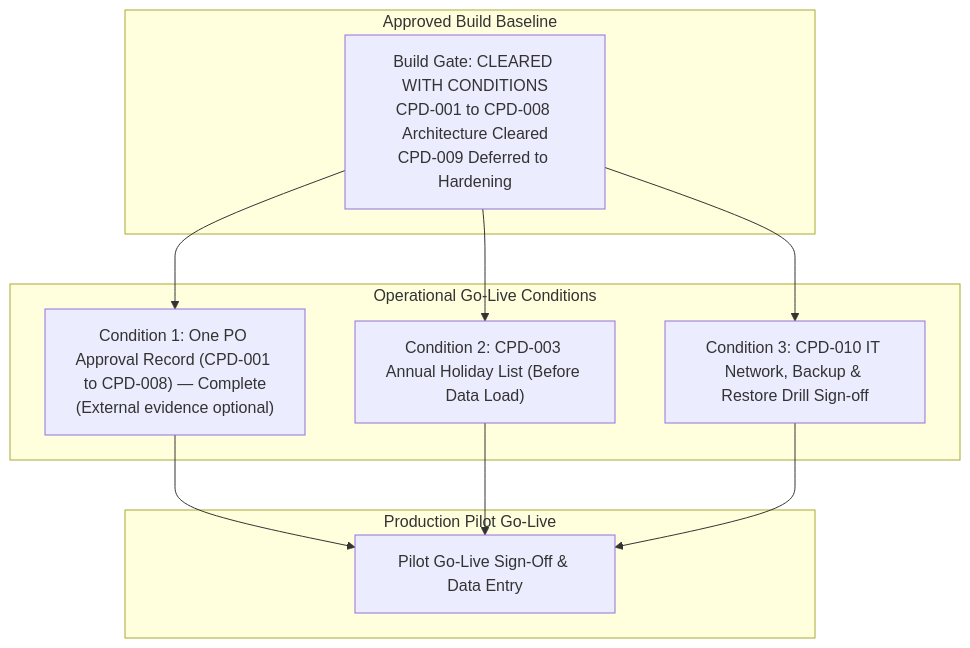
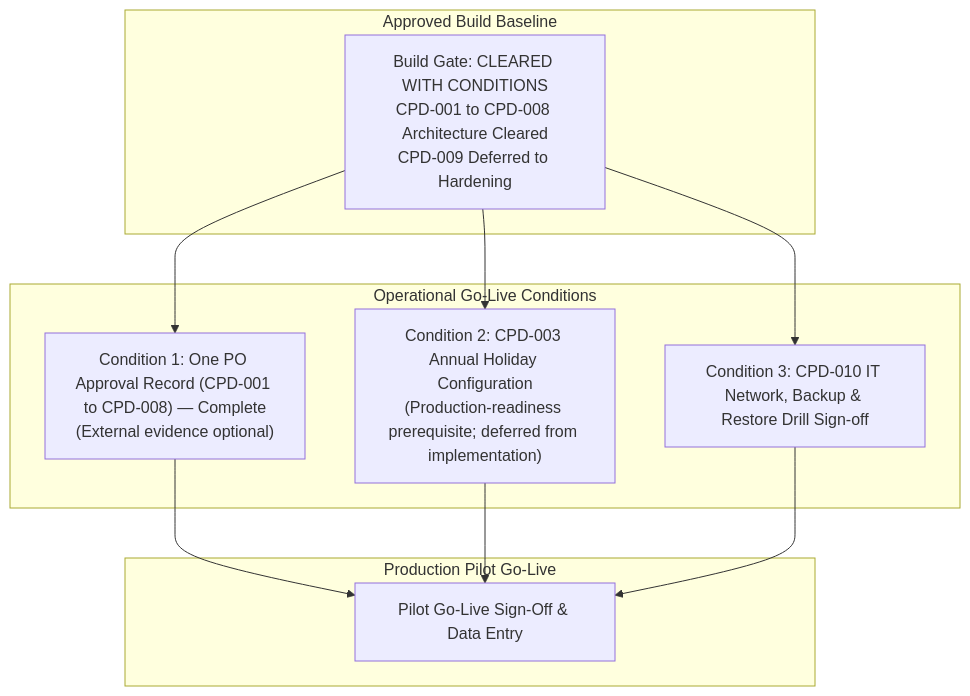
Before and after one commit to vivekaiworkspace/automotive-project-resource-management: the diagram in docs/GO_LIVE_PREREQUISITES.md, drawn with Mermaid. The commit also changed other lines of this file and 5 other files, not shown here.

Commit message:
docs(gates): defer holiday calendar from implementation

````diff
--- a/docs/GO_LIVE_PREREQUISITES.md
+++ b/docs/GO_LIVE_PREREQUISITES.md
@@ -16,21 +16,21 @@
 ```mermaid
 graph TD
     subgraph Approved_Baseline["Approved Build Baseline"]
         Design["Build Gate: CLEARED WITH CONDITIONS<br/>CPD-001 to CPD-008 Architecture Cleared<br/>CPD-009 Deferred to Hardening"]
     end
 
     subgraph Go_Live_Gates["Operational Go-Live Conditions"]
         G1["Condition 1: One PO Approval Record (CPD-001 to CPD-008) — Complete<br/>(External evidence optional)"]
-        G2["Condition 2: CPD-003 Annual Holiday List (Before Data Load)"]
+        G2["Condition 2: CPD-003 Annual Holiday Configuration<br/>(Production-readiness prerequisite; deferred from implementation)"]
         G3["Condition 3: CPD-010 IT Network, Backup & Restore Drill Sign-off"]
     end
 
     subgraph Production_Go_Live["Production Pilot Go-Live"]
         Live["Pilot Go-Live Sign-Off & Data Entry"]
     end
 
     Design --> G1
     Design --> G2
     Design --> G3
     G1 & G2 & G3 --> Live
 ```
````
